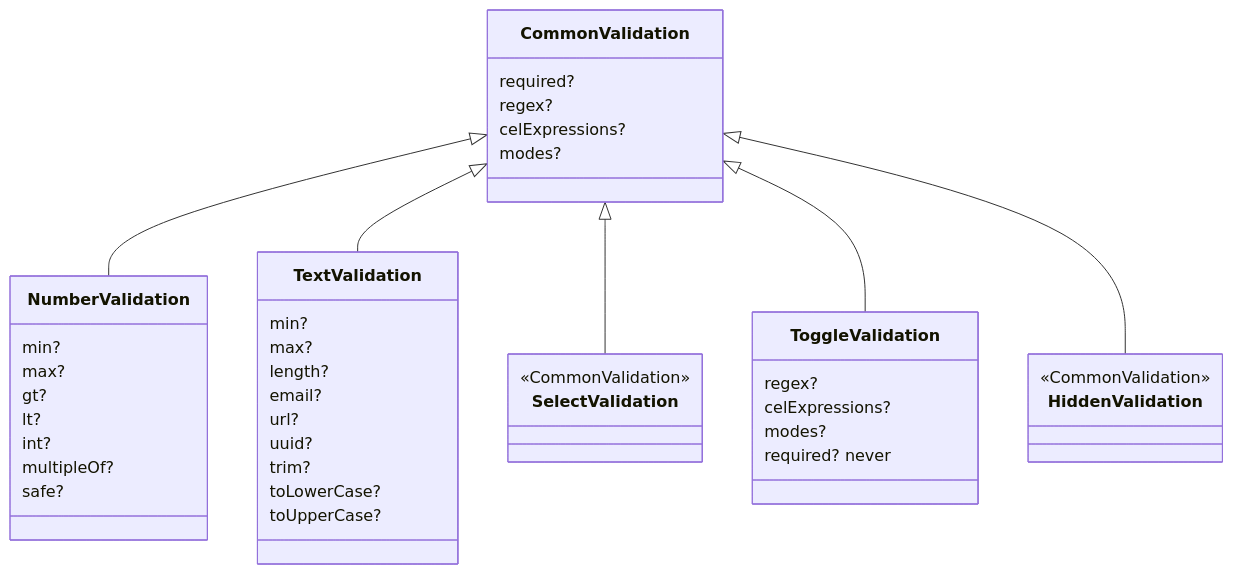
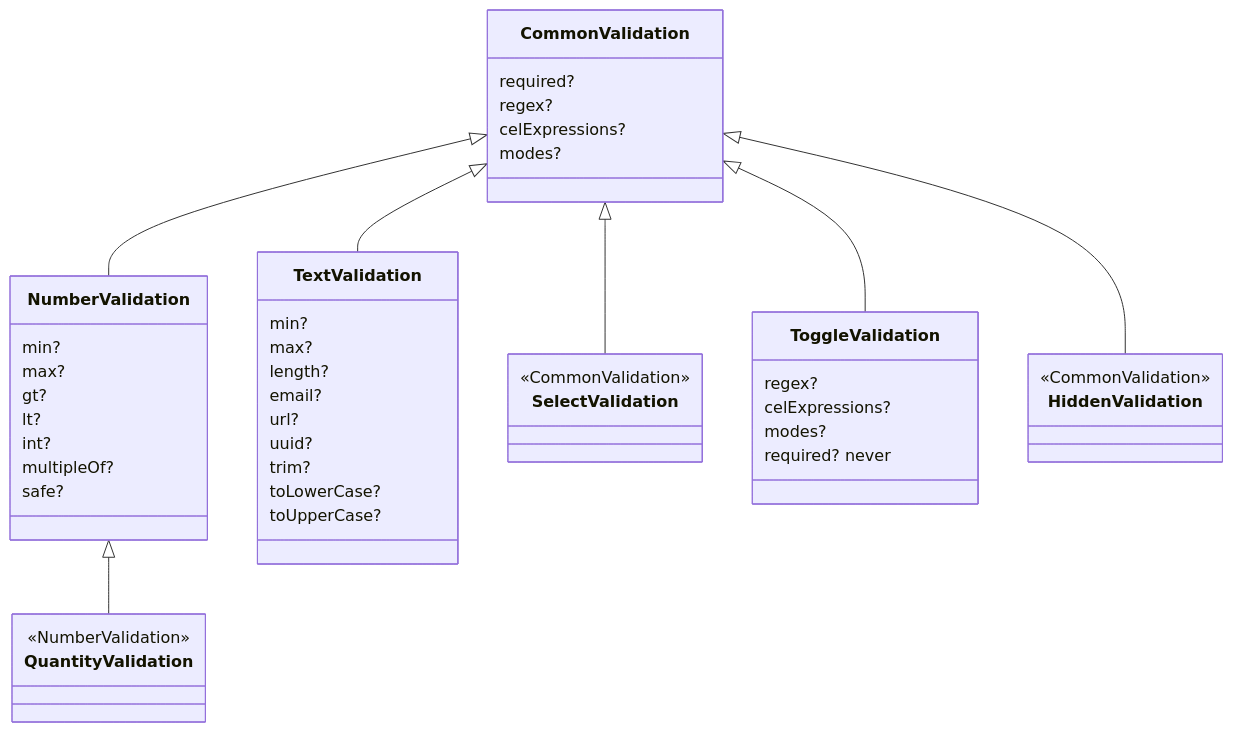
Before and after one commit to openeverest/openeverest: the sixth of 6 diagrams in docs/ui/architecture/ui-generator/schema-reference.md, drawn with Mermaid. The commit also changed other lines of this file and 4 other files, not shown here.

````diff
--- a/docs/ui/architecture/ui-generator/schema-reference.md
+++ b/docs/ui/architecture/ui-generator/schema-reference.md
@@ -170,46 +180,50 @@
 ```mermaid
 classDiagram
   class CommonValidation {
     required?
     regex?
     celExpressions?
     modes?
   }
   class NumberValidation {
     min?
     max?
     gt?
     lt?
     int?
     multipleOf?
     safe?
+  }
+  class QuantityValidation {
+    <<NumberValidation>>
   }
   class TextValidation {
     min?
     max?
     length?
     email?
     url?
     uuid?
     trim?
     toLowerCase?
     toUpperCase?
   }
   class SelectValidation {
     <<CommonValidation>>
   }
   class ToggleValidation {
     regex?
     celExpressions?
     modes?
     required? never
   }
   class HiddenValidation {
     <<CommonValidation>>
   }
   CommonValidation <|-- NumberValidation
+  NumberValidation <|-- QuantityValidation
   CommonValidation <|-- TextValidation
   CommonValidation <|-- SelectValidation
   CommonValidation <|-- ToggleValidation
   CommonValidation <|-- HiddenValidation
 ```
````
